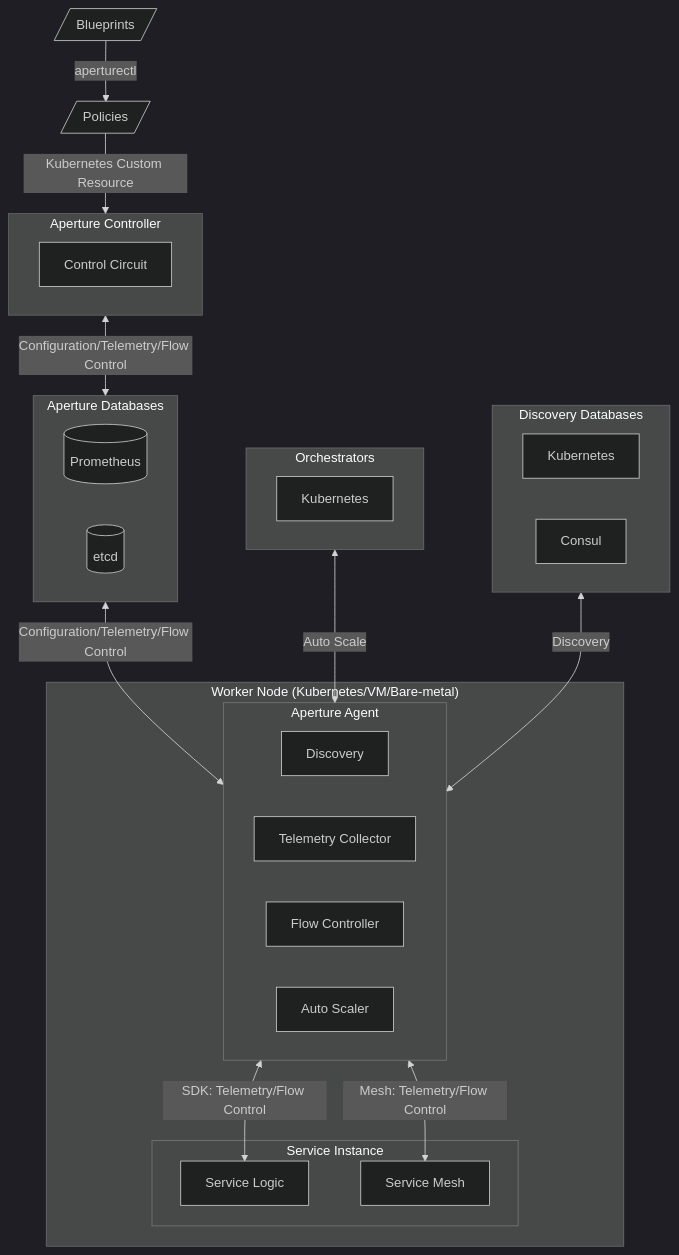
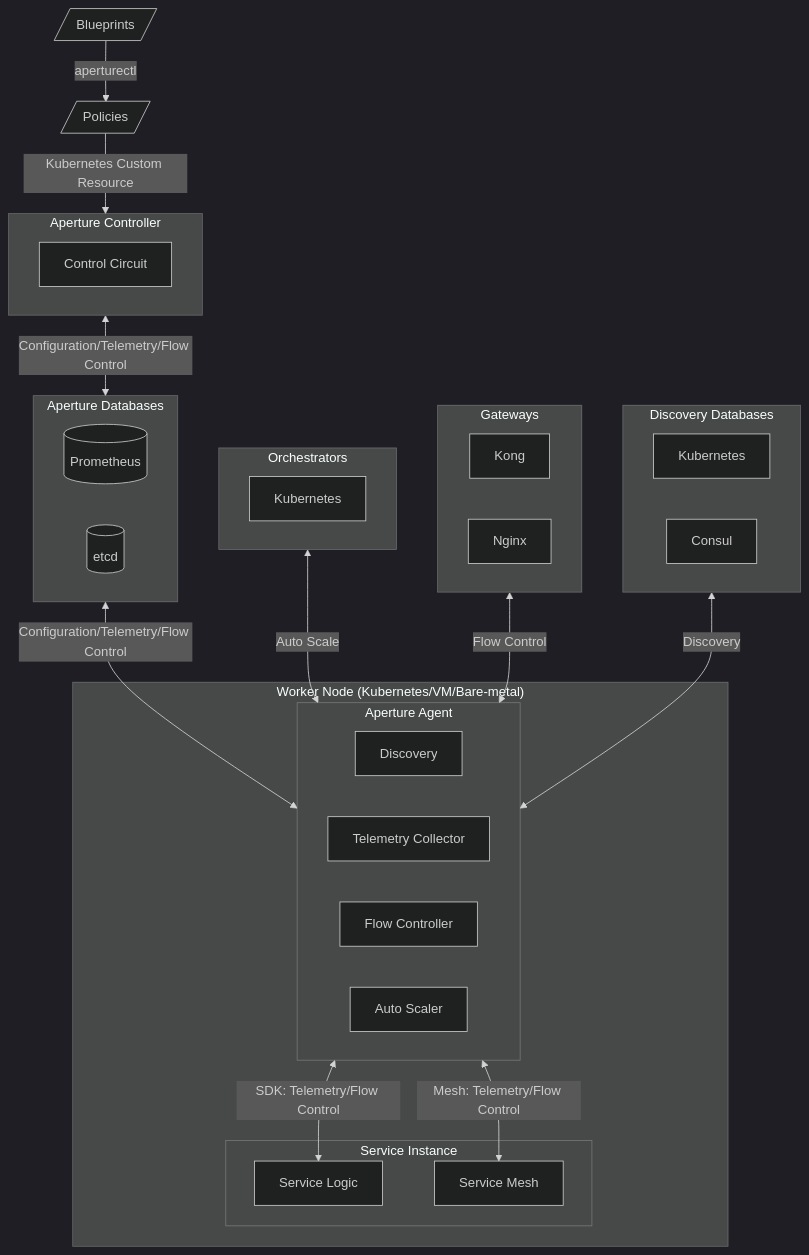
The diagram in docs/content/assets/diagrams/architecture/architecture_simple.mmd (dataongunlaws/aperture), drawn with Mermaid (dark theme) before and after one commit. The commit also changed 2 other files, not shown here.

Commit message:
add gateways in arch diagram (#1939)
### Description of change

##### Checklist

- [ ] Tested in playground or other setup
- [ ] Screenshot (Grafana) from playground added to PR for 15+ minute
run
- [ ] Documentation is changed or added
- [ ] Tests and/or benchmarks are included
- [ ] Breaking changes

```diff
--- a/docs/content/assets/diagrams/architecture/architecture_simple.mmd
+++ b/docs/content/assets/diagrams/architecture/architecture_simple.mmd
@@ -1,38 +1,43 @@
-%% name: architecture_simple
 flowchart TD
     blueprints[/"Blueprints"/]
     policies[/"Policies"/]
     subgraph controller["Aperture Controller"]
         circuit["Control Circuit"]
     end
     subgraph databases["Aperture Databases"]
       prometheus[("Prometheus")]
       etcd[("etcd")]
     end
     subgraph worker["Worker Node (Kubernetes/VM/Bare-metal)"]
       subgraph agent["Aperture Agent"]
           discovery["Discovery"]
           telemetry["Telemetry Collector"]
           flowcontrol["Flow Controller"]
           autoscaler["Auto Scaler"]
       end
       subgraph serviceinstance["Service Instance"]
         servicelogic["Service Logic"]
         servicemesh["Service Mesh"]
       end
     end
     subgraph discoverydb["Discovery Databases"]
       k8sdiscovery["Kubernetes"]
       consul["Consul"]
     end
     subgraph orchestrators["Orchestrators"]
       k8s["Kubernetes"]
     end
+    subgraph gateways["Gateways"]
+      kong["Kong"]
+      Nginx["Nginx"]
+    end
     blueprints --> |aperturectl| policies
     policies --> |Kubernetes Custom Resource| controller
     controller<--> |Configuration/Telemetry/Flow Control| databases
     databases<-->|Configuration/Telemetry/Flow Control|agent
     agent <-->|SDK: Telemetry/Flow Control| servicelogic
     agent <-->|Mesh: Telemetry/Flow Control| servicemesh
     orchestrators <-->|Auto Scale| agent
+    gateways <-->|Flow Control| agent
+
     discoverydb <-->|Discovery| agent
```
